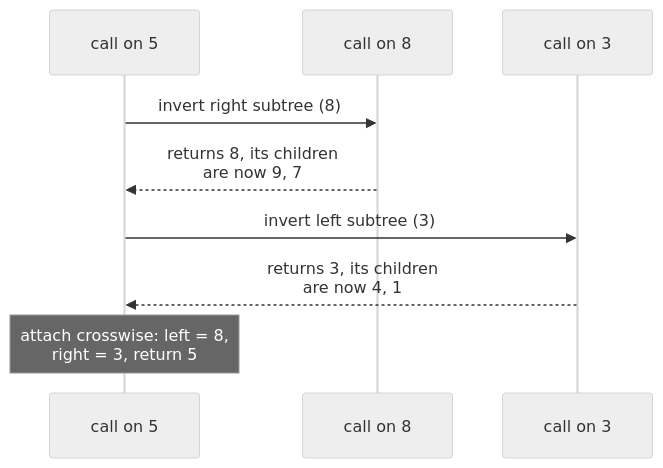
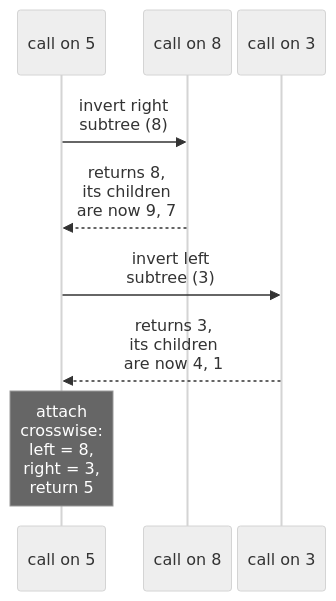
The second of 2 diagrams in content/en/problems/invert-binary-tree.md (duongbui234/software-engineering-atlas), drawn with Mermaid (neutral theme) before and after one commit. The commit also changed other lines of this file and 134 other files, not shown here.

First line of the commit message:
Fit every Mermaid diagram at 390px without sideways scroll (#56)

````diff
--- a/content/en/problems/invert-binary-tree.md
+++ b/content/en/problems/invert-binary-tree.md
@@ -119,11 +119,12 @@
 ```mermaid
+  %%{init: {"sequence": {"width": 60, "actorMargin": 6, "diagramMarginX": 4}}}%%
 sequenceDiagram
   participant G as call on 5
   participant P as call on 8
   participant T as call on 3
-  G->>P: invert right subtree (8)
-  P-->>G: returns 8, its children<br/>are now 9, 7
-  G->>T: invert left subtree (3)
-  T-->>G: returns 3, its children<br/>are now 4, 1
-  Note over G: attach crosswise: left = 8,<br/>right = 3, return 5
+  G->>P: invert right<br/>subtree (8)
+  P-->>G: returns 8,<br/>its children<br/>are now 9, 7
+  G->>T: invert left<br/>subtree (3)
+  T-->>G: returns 3,<br/>its children<br/>are now 4, 1
+  Note over G: attach<br/>crosswise:<br/>left = 8,<br/>right = 3,<br/>return 5
 ```
````
